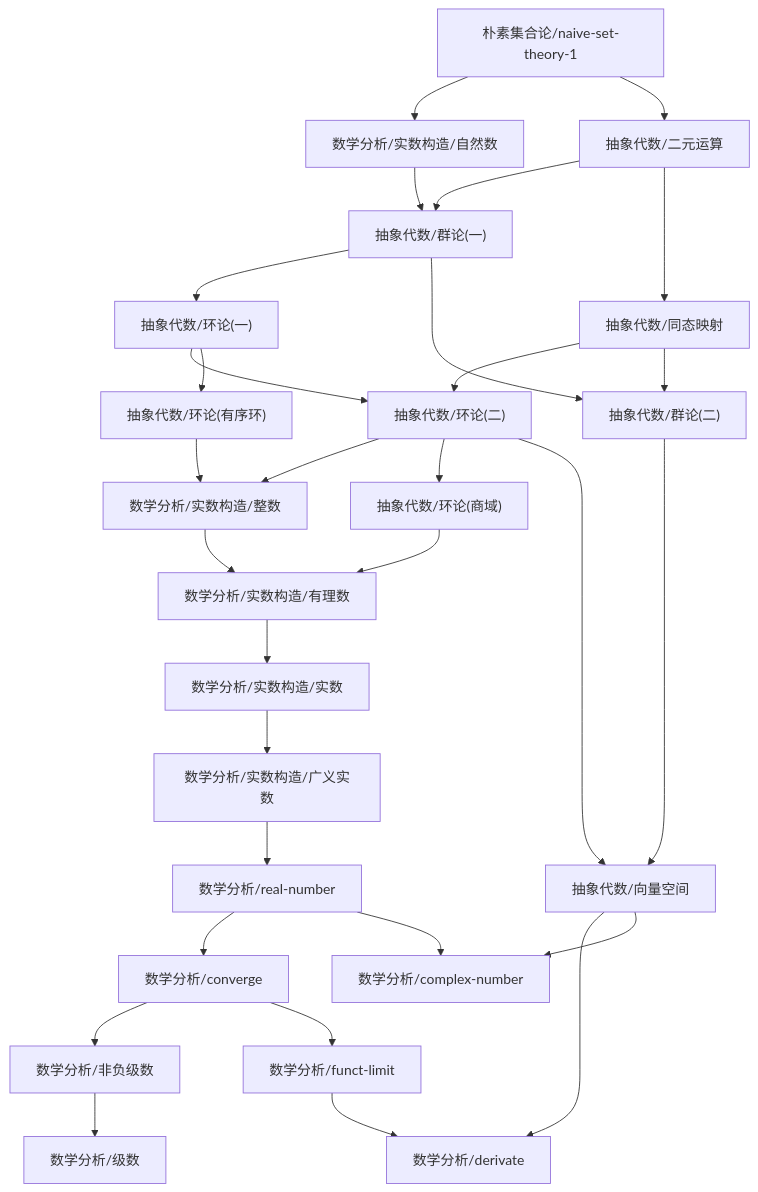
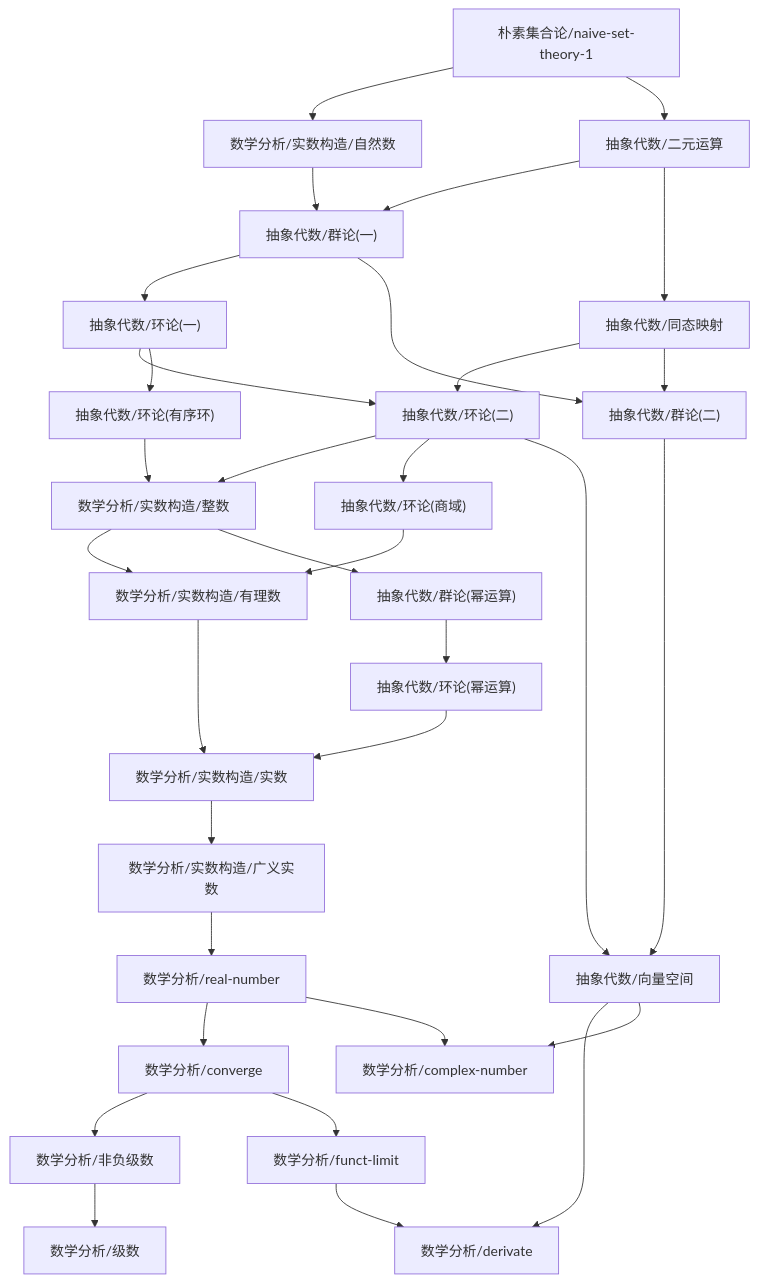
One commit to zeroDtree/zeroDtree.github.io changed the diagram in content/数学分析/dependency_graph.md. Above: the diagram before and after it, drawn with Mermaid. The commit also changed 7 other files, not shown here.

````diff
--- a/content/数学分析/dependency_graph.md
+++ b/content/数学分析/dependency_graph.md
@@ -1,32 +1,35 @@
 ```mermaid
 graph TD
 1["数学分析/非负级数"] --> 0["数学分析/级数"]
 3["抽象代数/向量空间"] --> 2["数学分析/derivate"]
 4["数学分析/funct-limit"] --> 2["数学分析/derivate"]
 6["数学分析/real-number"] --> 5["数学分析/converge"]
 5["数学分析/converge"] --> 1["数学分析/非负级数"]
 5["数学分析/converge"] --> 4["数学分析/funct-limit"]
 6["数学分析/real-number"] --> 8["数学分析/complex-number"]
 3["抽象代数/向量空间"] --> 8["数学分析/complex-number"]
 9["数学分析/实数构造/广义实数"] --> 6["数学分析/real-number"]
 11["数学分析/实数构造/有理数"] --> 10["数学分析/实数构造/实数"]
-12["数学分析/实数构造/整数"] --> 11["数学分析/实数构造/有理数"]
-13["抽象代数/环论(商域)"] --> 11["数学分析/实数构造/有理数"]
+12["抽象代数/环论(幂运算)"] --> 10["数学分析/实数构造/实数"]
+13["数学分析/实数构造/整数"] --> 11["数学分析/实数构造/有理数"]
+14["抽象代数/环论(商域)"] --> 11["数学分析/实数构造/有理数"]
 10["数学分析/实数构造/实数"] --> 9["数学分析/实数构造/广义实数"]
-15["朴素集合论/naive-set-theory-1"] --> 14["数学分析/实数构造/自然数"]
-16["抽象代数/环论(二)"] --> 12["数学分析/实数构造/整数"]
-17["抽象代数/环论(有序环)"] --> 12["数学分析/实数构造/整数"]
-18["抽象代数/环论(一)"] --> 16["抽象代数/环论(二)"]
-19["抽象代数/同态映射"] --> 16["抽象代数/环论(二)"]
-18["抽象代数/环论(一)"] --> 17["抽象代数/环论(有序环)"]
-20["抽象代数/群论(一)"] --> 18["抽象代数/环论(一)"]
-14["数学分析/实数构造/自然数"] --> 20["抽象代数/群论(一)"]
-21["抽象代数/二元运算"] --> 20["抽象代数/群论(一)"]
-15["朴素集合论/naive-set-theory-1"] --> 21["抽象代数/二元运算"]
-21["抽象代数/二元运算"] --> 19["抽象代数/同态映射"]
-16["抽象代数/环论(二)"] --> 13["抽象代数/环论(商域)"]
-22["抽象代数/群论(二)"] --> 3["抽象代数/向量空间"]
-16["抽象代数/环论(二)"] --> 3["抽象代数/向量空间"]
-20["抽象代数/群论(一)"] --> 22["抽象代数/群论(二)"]
-19["抽象代数/同态映射"] --> 22["抽象代数/群论(二)"]
+16["朴素集合论/naive-set-theory-1"] --> 15["数学分析/实数构造/自然数"]
+17["抽象代数/环论(二)"] --> 13["数学分析/实数构造/整数"]
+18["抽象代数/环论(有序环)"] --> 13["数学分析/实数构造/整数"]
+19["抽象代数/环论(一)"] --> 17["抽象代数/环论(二)"]
+20["抽象代数/同态映射"] --> 17["抽象代数/环论(二)"]
+19["抽象代数/环论(一)"] --> 18["抽象代数/环论(有序环)"]
+21["抽象代数/群论(一)"] --> 19["抽象代数/环论(一)"]
+15["数学分析/实数构造/自然数"] --> 21["抽象代数/群论(一)"]
+22["抽象代数/二元运算"] --> 21["抽象代数/群论(一)"]
+16["朴素集合论/naive-set-theory-1"] --> 22["抽象代数/二元运算"]
+22["抽象代数/二元运算"] --> 20["抽象代数/同态映射"]
+17["抽象代数/环论(二)"] --> 14["抽象代数/环论(商域)"]
+23["抽象代数/群论(幂运算)"] --> 12["抽象代数/环论(幂运算)"]
+13["数学分析/实数构造/整数"] --> 23["抽象代数/群论(幂运算)"]
+24["抽象代数/群论(二)"] --> 3["抽象代数/向量空间"]
+17["抽象代数/环论(二)"] --> 3["抽象代数/向量空间"]
+21["抽象代数/群论(一)"] --> 24["抽象代数/群论(二)"]
+20["抽象代数/同态映射"] --> 24["抽象代数/群论(二)"]
 ```
````
